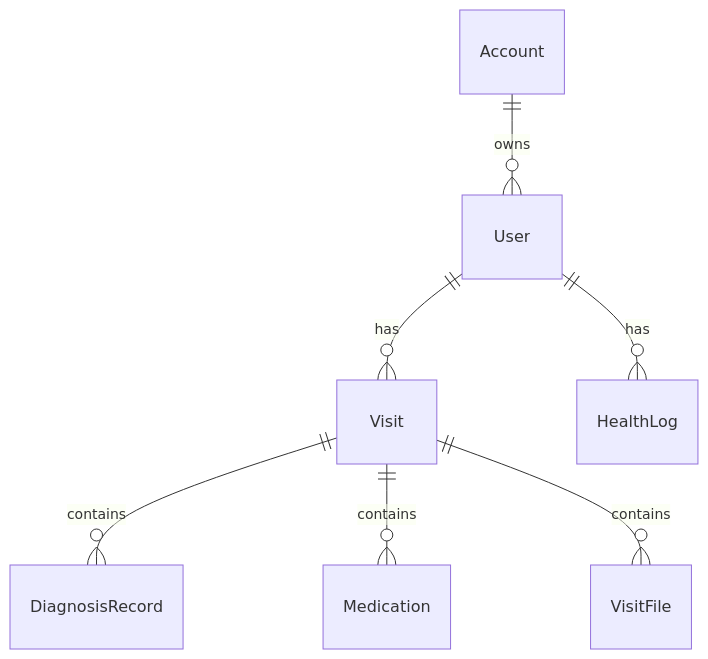
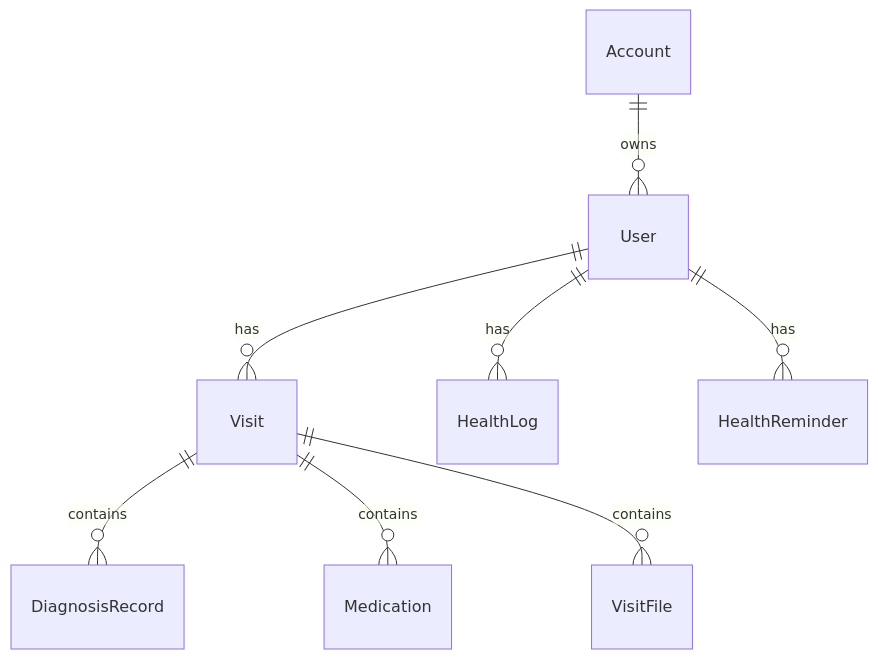
The seventh of 8 diagrams in docs/ARCHITECTURE.md (ayxixi/medical-system), drawn with Mermaid before and after one commit. The commit also changed other lines of this file and 27 other files, not shown here.

````diff
--- a/docs/ARCHITECTURE.md
+++ b/docs/ARCHITECTURE.md
@@ -461,9 +473,10 @@
 ```mermaid
 erDiagram
   Account ||--o{ User : owns
   User ||--o{ Visit : has
   User ||--o{ HealthLog : has
+  User ||--o{ HealthReminder : has
   Visit ||--o{ DiagnosisRecord : contains
   Visit ||--o{ Medication : contains
   Visit ||--o{ VisitFile : contains
 ```
````
